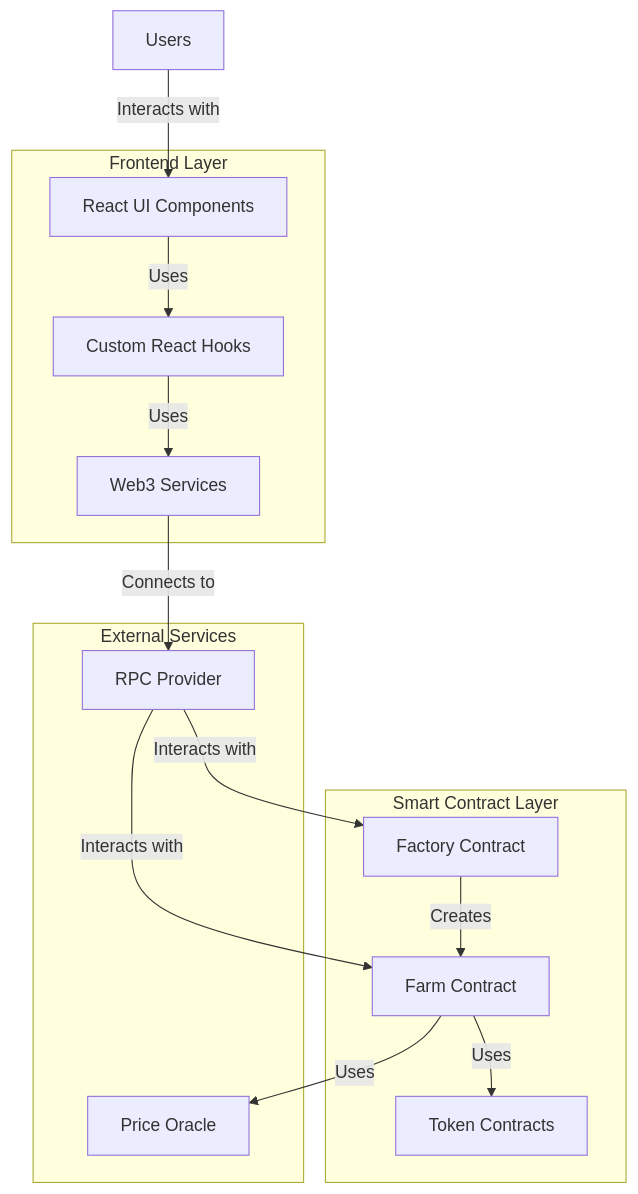
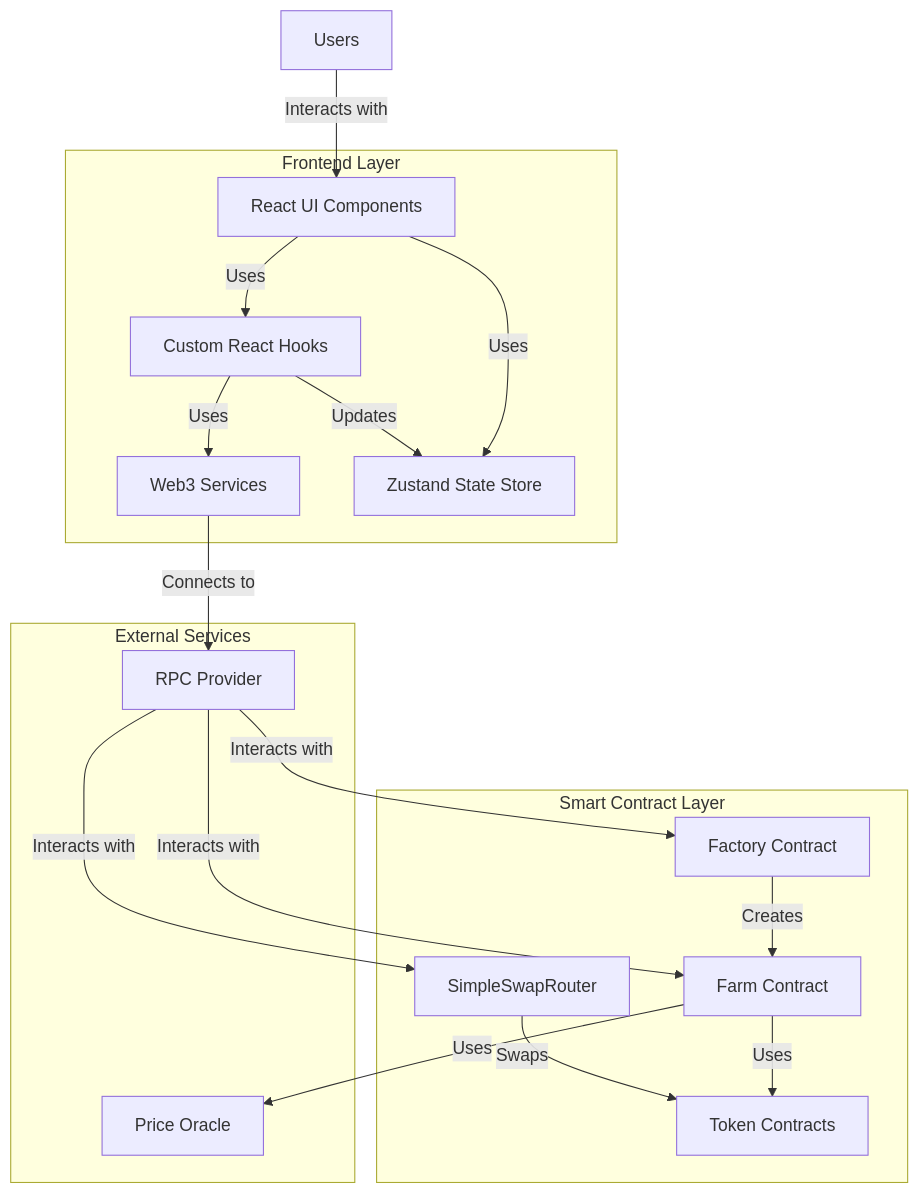
One commit to AlbertLei-Web3/AIHarvest changed the diagram in PROJECT_ARCHITECTURE.md. Above: the diagram before and after it, drawn with Mermaid. The commit also changed other lines of this file, not shown here.

First line of the commit message:
docs: Update PROJECT_ARCHITECTURE.md to reflect current project state

````diff
--- a/PROJECT_ARCHITECTURE.md
+++ b/PROJECT_ARCHITECTURE.md
@@ -12,29 +19,35 @@
 ```mermaid
 graph TD
     subgraph "Frontend Layer"
         UI[React UI Components]
         Hooks[Custom React Hooks]
         Services[Web3 Services]
+        Store[Zustand State Store]
     end
     
     subgraph "Smart Contract Layer"
         Factory[Factory Contract]
         Farm[Farm Contract]
         Tokens[Token Contracts]
+        SimpleSwap[SimpleSwapRouter]
     end
     
     subgraph "External Services"
         RPC[RPC Provider]
         Oracle[Price Oracle]
     end
     
     Users[Users] -->|Interacts with| UI
     UI -->|Uses| Hooks
+    UI -->|Uses| Store
     Hooks -->|Uses| Services
+    Hooks -->|Updates| Store
     Services -->|Connects to| RPC
     RPC -->|Interacts with| Factory
     RPC -->|Interacts with| Farm
+    RPC -->|Interacts with| SimpleSwap
     Factory -->|Creates| Farm
     Farm -->|Uses| Tokens
     Farm -->|Uses| Oracle
+    SimpleSwap -->|Swaps| Tokens
 ```
````
